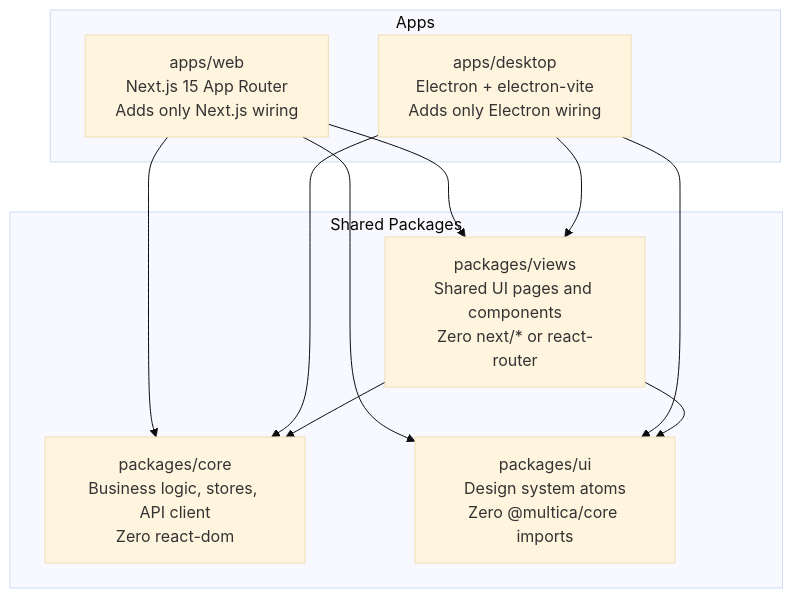
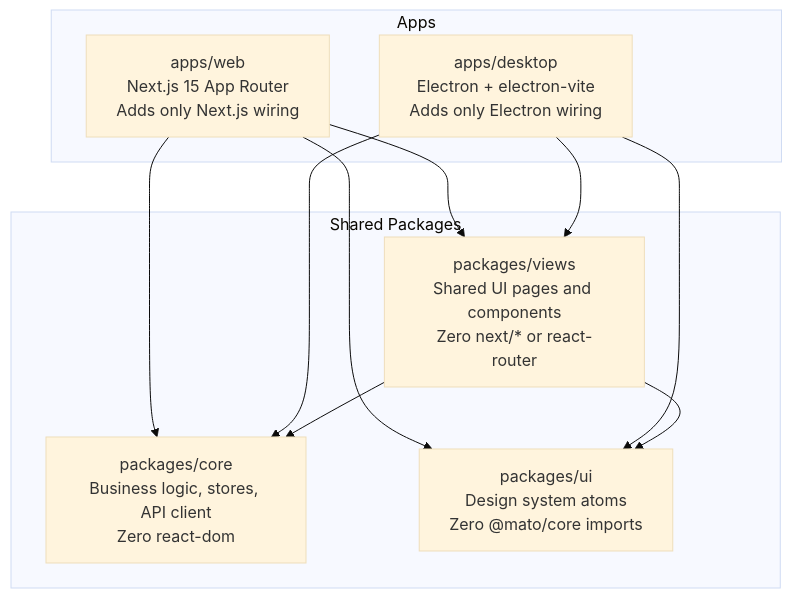
Before and after one commit to JCB-5280/multica-jcb: the first of 3 diagrams in knowledge-base/frontend/frontend-architecture.md, drawn with Mermaid (base theme). The commit also changed other lines of this file and 836 other files, not shown here.

First line of the commit message:
feat: update branding from Multica to MATO

````diff
--- a/knowledge-base/frontend/frontend-architecture.md
+++ b/knowledge-base/frontend/frontend-architecture.md
@@ -37,22 +37,22 @@
 ```mermaid
 graph TB
     subgraph Shared["Shared Packages"]
         Core["packages/core\nBusiness logic, stores, API client\nZero react-dom"]
         Views["packages/views\nShared UI pages and components\nZero next/* or react-router"]
-        UI["packages/ui\nDesign system atoms\nZero @multica/core imports"]
+        UI["packages/ui\nDesign system atoms\nZero @mato/core imports"]
     end
 
     subgraph Apps
         Web["apps/web\nNext.js 15 App Router\nAdds only Next.js wiring"]
         Desktop["apps/desktop\nElectron + electron-vite\nAdds only Electron wiring"]
     end
 
     Web --> Core
     Web --> Views
     Web --> UI
     Desktop --> Core
     Desktop --> Views
     Desktop --> UI
     Views --> Core
     Views --> UI
 ```
````
